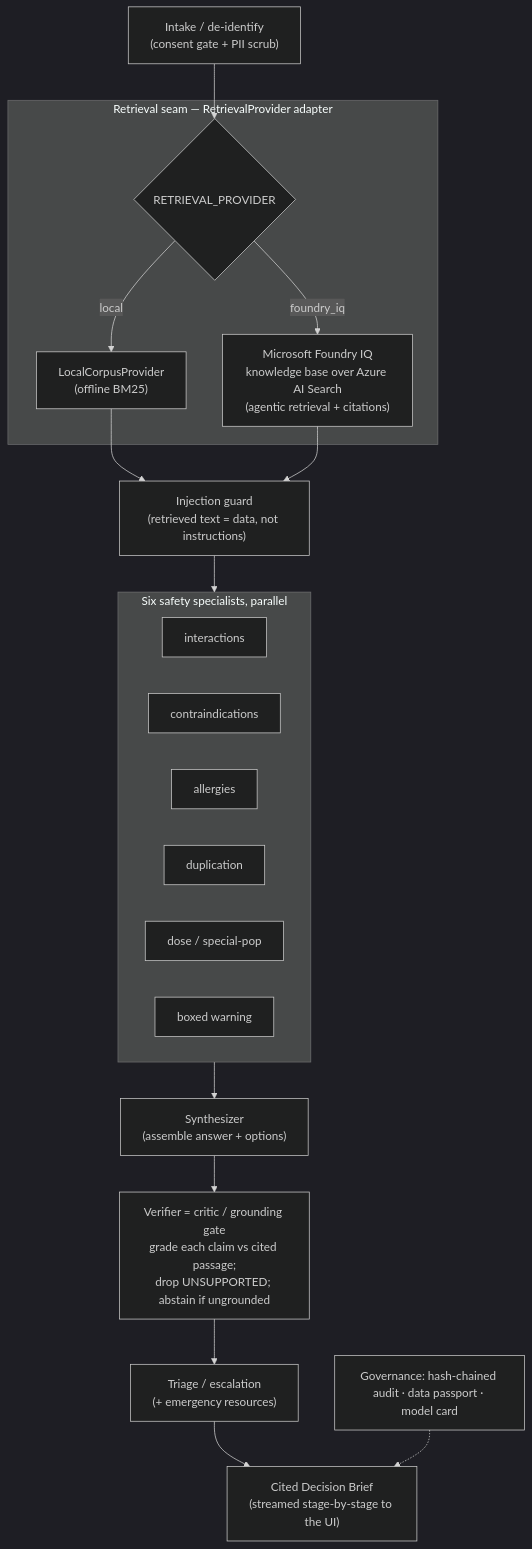
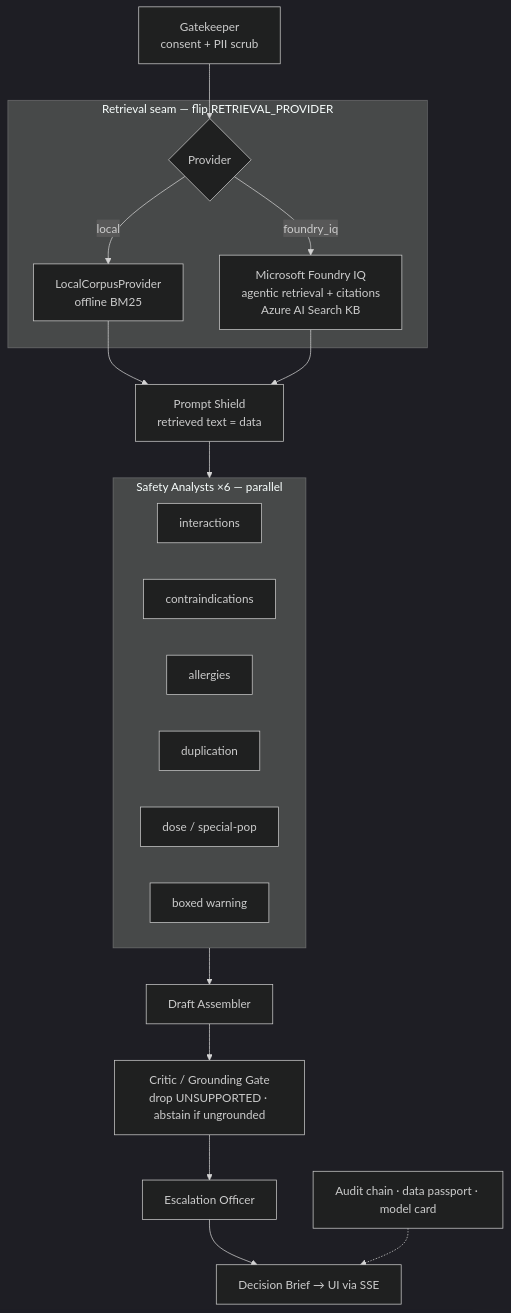
The diagram in README.md (parikshit06reddy-cloud/pharos), drawn with Mermaid (dark theme) before and after one commit. The commit also changed other lines of this file, not shown here.

````diff
--- a/README.md
+++ b/README.md
@@ -91,20 +88,20 @@
 ```mermaid
 flowchart TB
-  intake["Intake / de-identify<br/>(consent gate + PII scrub)"] --> retr
-  subgraph retrieval [Retrieval seam — RetrievalProvider adapter]
-    retr{"RETRIEVAL_PROVIDER"}
-    retr -->|local| bm25["LocalCorpusProvider<br/>(offline BM25)"]
-    retr -->|foundry_iq| fiq["Microsoft Foundry IQ<br/>knowledge base over Azure AI Search<br/>(agentic retrieval + citations)"]
+  intake["Gatekeeper<br/>consent + PII scrub"] --> retr
+  subgraph retrieval ["Retrieval seam — flip RETRIEVAL_PROVIDER"]
+    retr{"Provider"}
+    retr -->|local| bm25["LocalCorpusProvider<br/>offline BM25"]
+    retr -->|foundry_iq| fiq["Microsoft Foundry IQ<br/>agentic retrieval + citations<br/>Azure AI Search KB"]
   end
   bm25 --> guard
   fiq --> guard
-  guard["Injection guard<br/>(retrieved text = data, not instructions)"] --> specialists
-  subgraph specialists [Six safety specialists, parallel]
+  guard["Prompt Shield<br/>retrieved text = data"] --> specialists
+  subgraph specialists ["Safety Analysts ×6 — parallel"]
     s1[interactions] & s2[contraindications] & s3[allergies] & s4[duplication] & s5[dose / special-pop] & s6[boxed warning]
   end
-  specialists --> synth["Synthesizer<br/>(assemble answer + options)"]
-  synth --> verifier["Verifier = critic / grounding gate<br/>grade each claim vs cited passage;<br/>drop UNSUPPORTED; abstain if ungrounded"]
-  verifier --> triage["Triage / escalation<br/>(+ emergency resources)"]
-  triage --> brief["Cited Decision Brief<br/>(streamed stage-by-stage to the UI)"]
-  governance["Governance: hash-chained audit · data passport · model card"] -.-> brief
+  specialists --> synth["Draft Assembler"]
+  synth --> verifier["Critic / Grounding Gate<br/>drop UNSUPPORTED · abstain if ungrounded"]
+  verifier --> triage["Escalation Officer"]
+  triage --> brief["Decision Brief → UI via SSE"]
+  governance["Audit chain · data passport · model card"] -.-> brief
 ```
````
